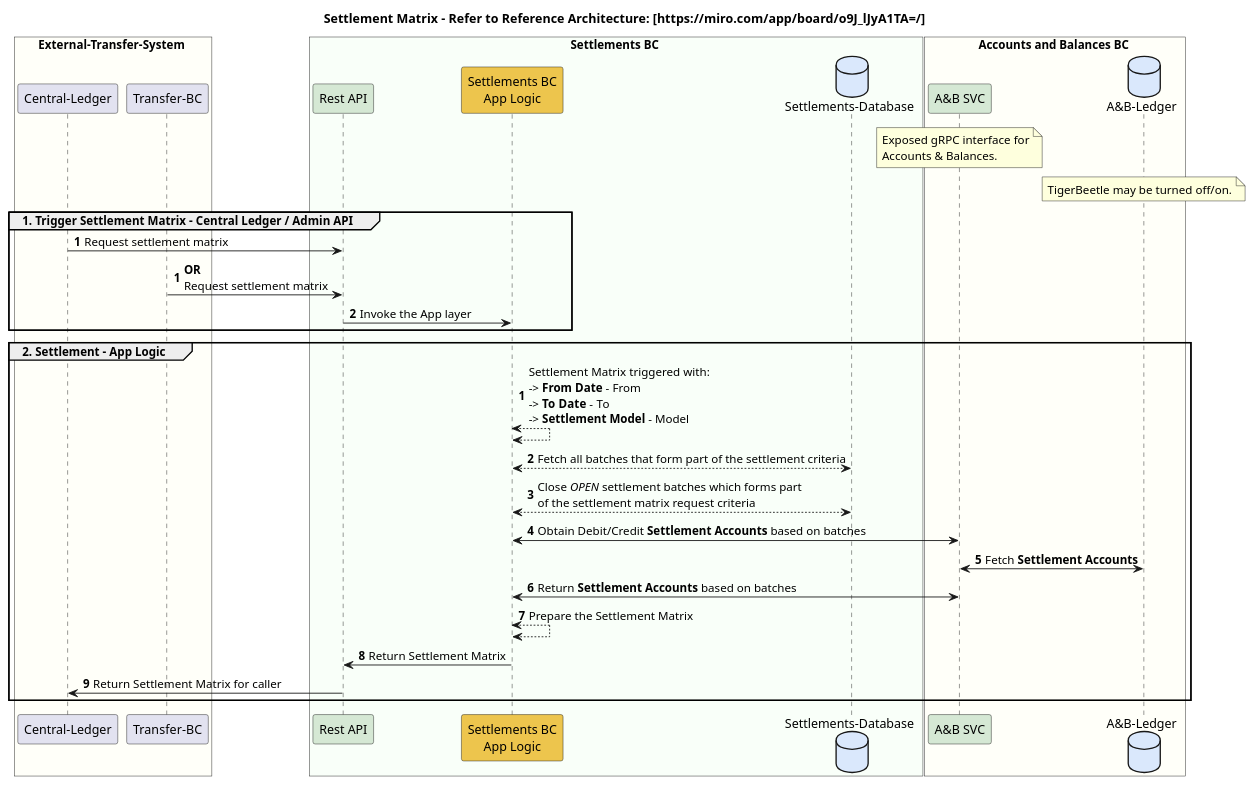
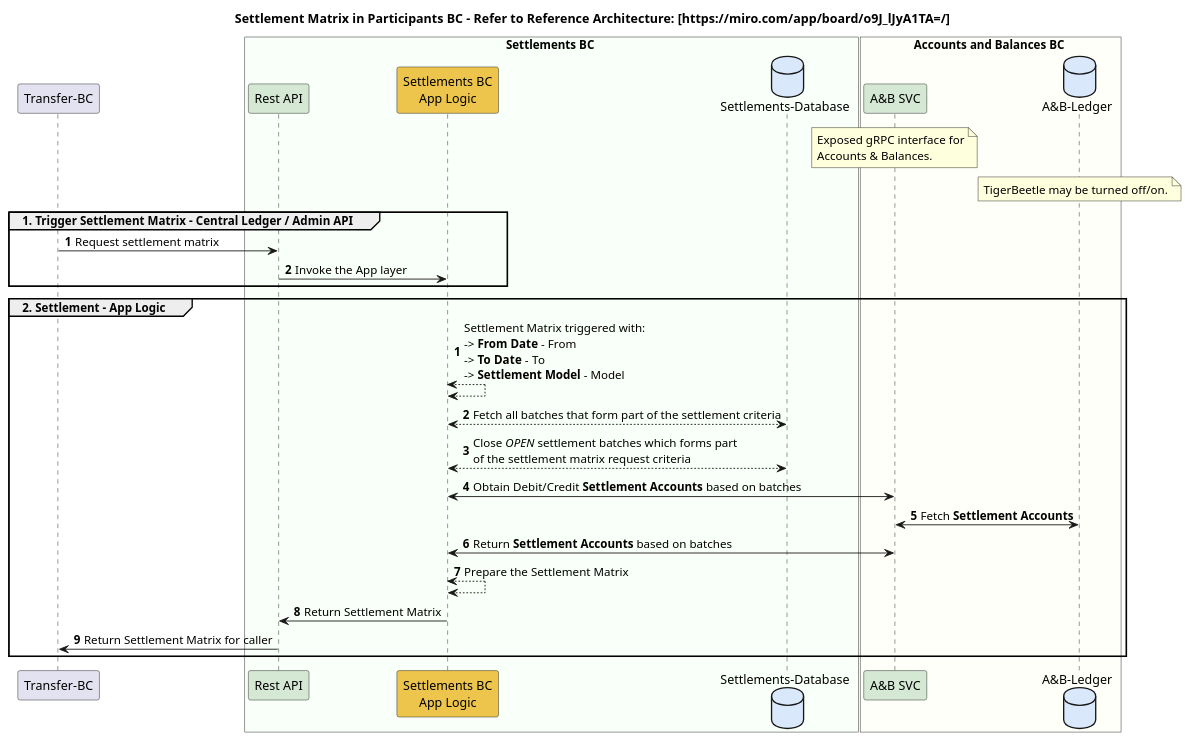
Before and after one commit to mojaloop/settlements-bc: the diagram in docs/flows/02-settlement-matrix-bc.puml, drawn with PlantUML. The commit also changed 8 other files, not shown here.

Commit message:
Updated flow documenetation.

```diff
--- a/docs/flows/02-settlement-matrix-bc.puml
+++ b/docs/flows/02-settlement-matrix-bc.puml
@@ -1,49 +1,44 @@
 @startuml
 
-title Settlement Matrix - Refer to Reference Architecture: [https://miro.com/app/board/o9J_lJyA1TA=/]
+title Settlement Matrix in Participants BC - Refer to Reference Architecture: [https://miro.com/app/board/o9J_lJyA1TA=/]
 
-box External-Transfer-System #FFFFF9
-    participant "Central-Ledger" as ext_cl
-    participant "Transfer-BC" as ext_transfers_bc
-end box
+participant "Transfer-BC" as ext_transfers_bc
 
 box Settlements BC #F9FFF9
 	participant "Rest API" as sbc_rest #D5E8D4
 	participant "Settlements BC\nApp Logic" as sbc_app_logic #EDC54D
 	database "Settlements-Database" as sbc_db #DAE8FC
 end box
 
 box Accounts and Balances BC #FFFFF9
     participant "A&B SVC" as abbc_grpc #D5E8D4
     database "A&B-Ledger" as abbc_tigerbeetle #DAE8FC
     note over abbc_grpc
         Exposed gRPC interface for
         Accounts & Balances.
     end note
     note over abbc_tigerbeetle
         TigerBeetle may be turned off/on.
     end note
 end box
 
 group 1. Trigger Settlement Matrix - Central Ledger / Admin API
 autonumber
-    ext_cl -> sbc_rest : Request settlement matrix
-autonumber
-    ext_transfers_bc -> sbc_rest : **OR** \nRequest settlement matrix
+    ext_transfers_bc -> sbc_rest : Request settlement matrix
     sbc_rest -> sbc_app_logic : Invoke the App layer
 end
 
 group 2. Settlement - App Logic
 autonumber
     sbc_app_logic <--> sbc_app_logic: Settlement Matrix triggered with:\n-> **From Date** - From\n-> **To Date** - To\n-> **Settlement Model** - Model
     sbc_app_logic <--> sbc_db : Fetch all batches that form part of the settlement criteria
     sbc_app_logic <--> sbc_db : Close //OPEN// settlement batches which forms part \nof the settlement matrix request criteria
     sbc_app_logic <-> abbc_grpc : Obtain Debit/Credit **Settlement Accounts** based on batches
     abbc_grpc <-> abbc_tigerbeetle: Fetch **Settlement Accounts**
     abbc_grpc <-> sbc_app_logic : Return **Settlement Accounts** based on batches
     sbc_app_logic <--> sbc_app_logic : Prepare the Settlement Matrix
     sbc_app_logic -> sbc_rest : Return Settlement Matrix
-    sbc_rest -> ext_cl : Return Settlement Matrix for caller
+    sbc_rest -> ext_transfers_bc : Return Settlement Matrix for caller
 end
 
 @enduml
```
